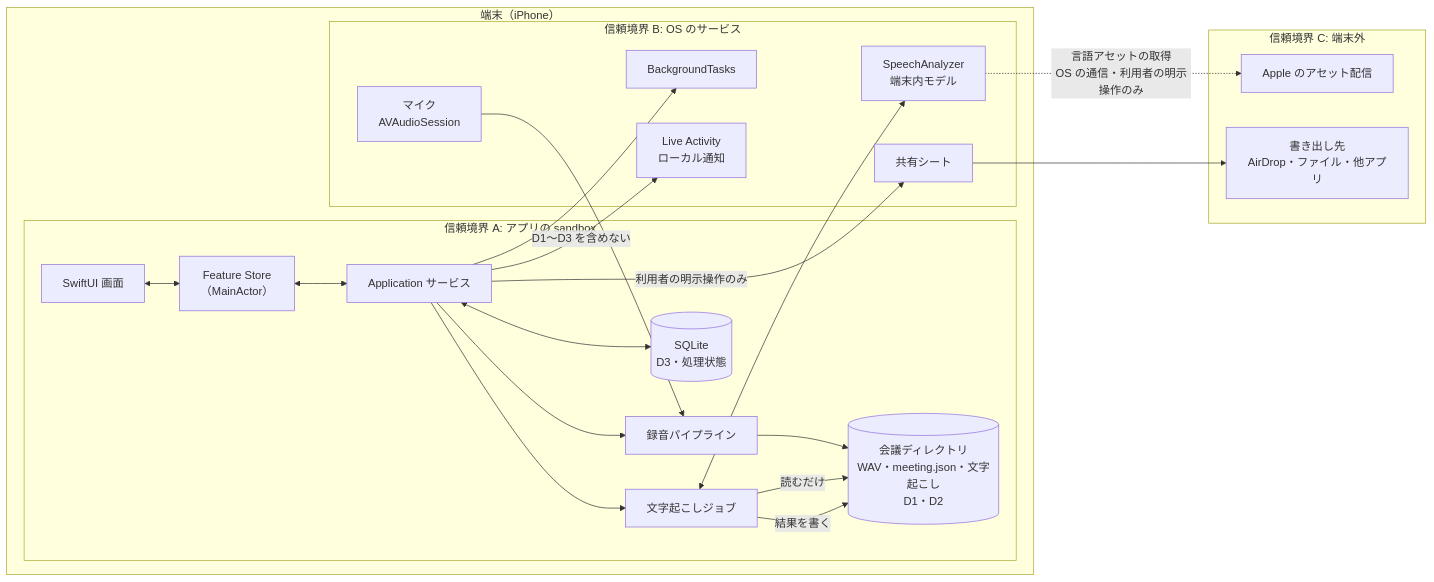
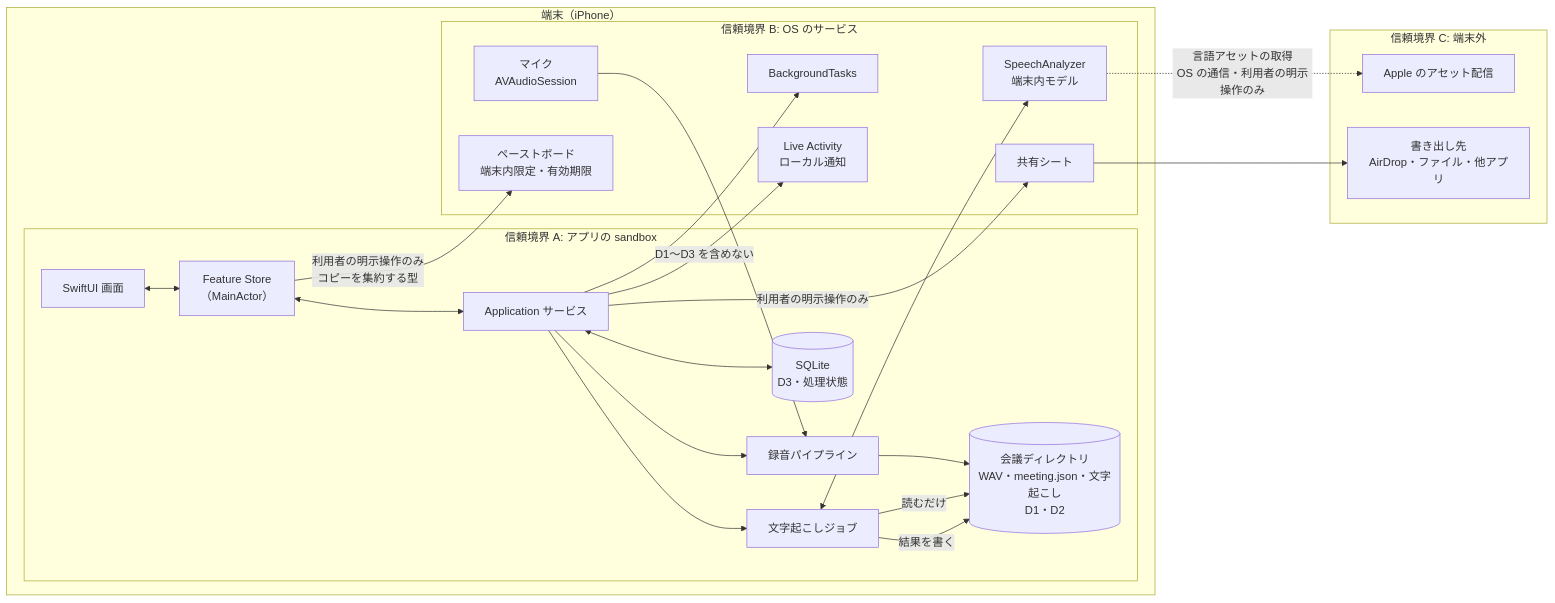
Before and after one commit to myoshi2891/Minutes-Mobile: the diagram in docs/02-basic-design/architecture.md, drawn with Mermaid. The commit also changed other lines of this file and 2 other files, not shown here.

````diff
--- a/docs/02-basic-design/architecture.md
+++ b/docs/02-basic-design/architecture.md
@@ -48,32 +48,34 @@
 ```mermaid
 flowchart LR
     subgraph Device["端末（iPhone）"]
         subgraph App["信頼境界 A: アプリの sandbox"]
             UI["SwiftUI 画面"] <--> ST["Feature Store<br/>（MainActor）"]
             ST <--> SV["Application サービス"]
             SV --> PIPE["録音パイプライン"]
             PIPE --> FILES[("会議ディレクトリ<br/>WAV・meeting.json・文字起こし<br/>D1・D2")]
             SV <--> DB[("SQLite<br/>D3・処理状態")]
             SV --> JOB["文字起こしジョブ"]
             JOB -->|"読むだけ"| FILES
             JOB -->|"結果を書く"| FILES
         end
         subgraph OS["信頼境界 B: OS のサービス"]
             MIC["マイク<br/>AVAudioSession"]
             SA["SpeechAnalyzer<br/>端末内モデル"]
             BG["BackgroundTasks"]
             LA["Live Activity<br/>ローカル通知"]
             SHARE["共有シート"]
+            PB["ペーストボード<br/>端末内限定・有効期限"]
         end
     end
     subgraph Ext["信頼境界 C: 端末外"]
         APPLE["Apple のアセット配信"]
         DEST["書き出し先<br/>AirDrop・ファイル・他アプリ"]
     end
     MIC --> PIPE
     JOB <--> SA
     SV --> BG
     SV -->|"D1〜D3 を含めない"| LA
     SA -.->|"言語アセットの取得<br/>OS の通信・利用者の明示操作のみ"| APPLE
     SV -->|"利用者の明示操作のみ"| SHARE --> DEST
+    ST -->|"利用者の明示操作のみ<br/>コピーを集約する型"| PB
 ```
````
